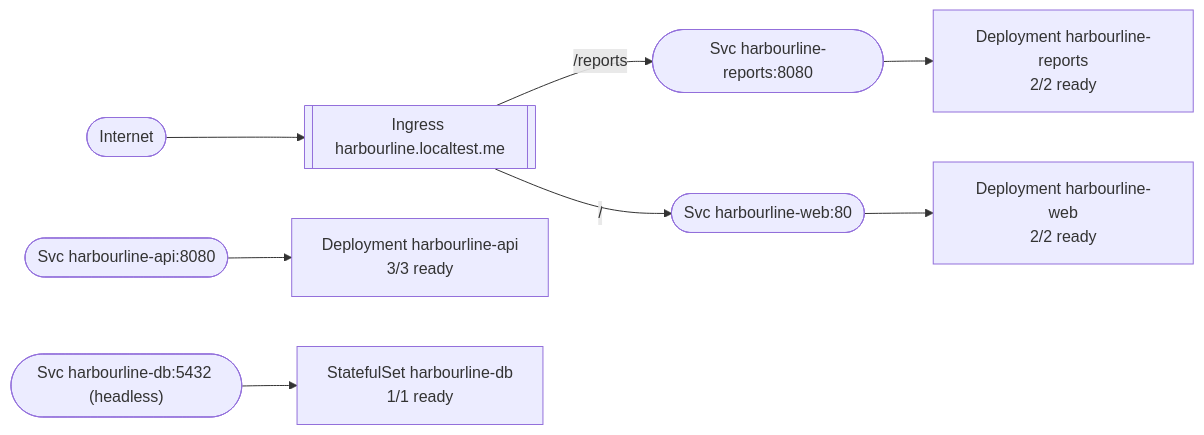
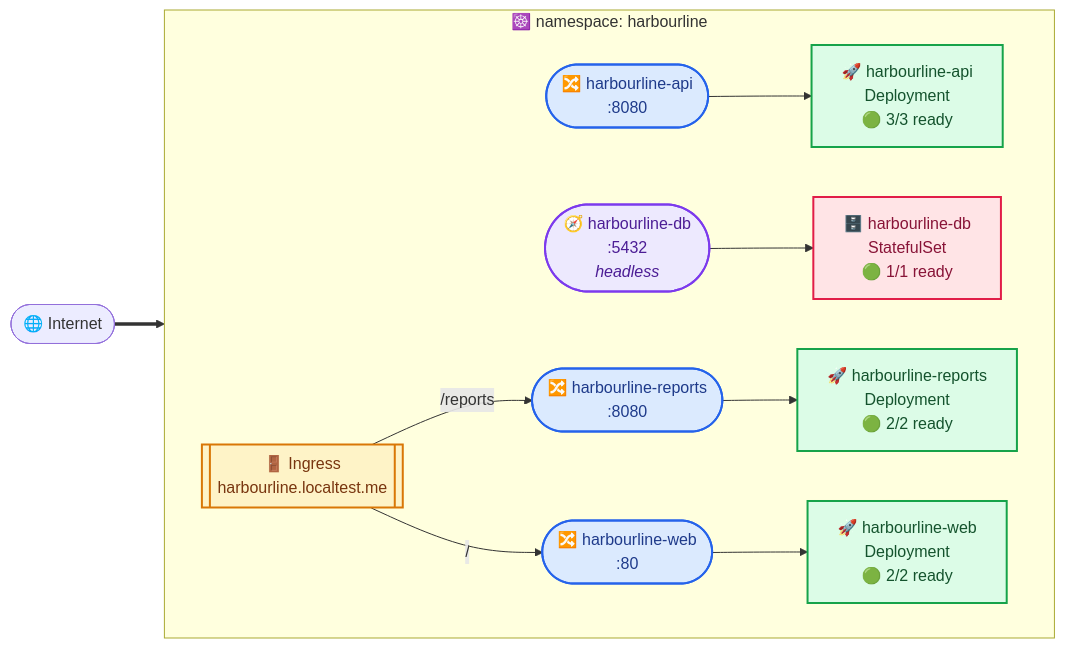
Before and after one commit to rkhnania/harbourline-k8s-lab: the first of 2 diagrams in docs/architecture.md, drawn with Mermaid. The commit also changed other lines of this file and 1 other file, not shown here.

````diff
--- a/docs/architecture.md
+++ b/docs/architecture.md
@@ -7,20 +7,36 @@
 ```mermaid
 flowchart LR
-  client([Internet])
-  ing_harbourline[["Ingress harbourline.localtest.me"]]
-  client --> ing_harbourline
+  internet(["🌐 Internet"])
+
+  subgraph ns["☸️  namespace: harbourline"]
+    direction LR
+    ing_harbourline[["🚪 Ingress<br/>harbourline.localtest.me"]]
+    svc_harbourline_api(["🔀 harbourline-api<br/>:8080"])
+    wl_harbourline_api["🚀 harbourline-api<br/>Deployment<br/>🟢 3/3 ready"]
+    svc_harbourline_db(["🧭 harbourline-db<br/>:5432<br/><i>headless</i>"])
+    wl_harbourline_db["🗄️ harbourline-db<br/>StatefulSet<br/>🟢 1/1 ready"]
+    svc_harbourline_reports(["🔀 harbourline-reports<br/>:8080"])
+    wl_harbourline_reports["🚀 harbourline-reports<br/>Deployment<br/>🟢 2/2 ready"]
+    svc_harbourline_web(["🔀 harbourline-web<br/>:80"])
+    wl_harbourline_web["🚀 harbourline-web<br/>Deployment<br/>🟢 2/2 ready"]
+  end
+
+  ing_harbourline -->|"/"| svc_harbourline_web
   ing_harbourline -->|"/reports"| svc_harbourline_reports
-  ing_harbourline -->|"/"| svc_harbourline_web
-  svc_harbourline_api(["Svc harbourline-api:8080"])
-  wl_harbourline_api["Deployment harbourline-api<br/>3/3 ready"]
+  internet ==> ing_harbourline
   svc_harbourline_api --> wl_harbourline_api
-  svc_harbourline_db(["Svc harbourline-db:5432 (headless)"])
-  wl_harbourline_db["StatefulSet harbourline-db<br/>1/1 ready"]
   svc_harbourline_db --> wl_harbourline_db
-  svc_harbourline_reports(["Svc harbourline-reports:8080"])
-  wl_harbourline_reports["Deployment harbourline-reports<br/>2/2 ready"]
   svc_harbourline_reports --> wl_harbourline_reports
-  svc_harbourline_web(["Svc harbourline-web:80"])
-  wl_harbourline_web["Deployment harbourline-web<br/>2/2 ready"]
   svc_harbourline_web --> wl_harbourline_web
+
+  classDef ing  fill:#fef3c7,stroke:#d97706,stroke-width:2px,color:#78350f
+  classDef svc  fill:#dbeafe,stroke:#2563eb,stroke-width:2px,color:#1e3a8a
+  classDef hsvc fill:#ede9fe,stroke:#7c3aed,stroke-width:2px,color:#4c1d95
+  classDef wl   fill:#dcfce7,stroke:#16a34a,stroke-width:2px,color:#14532d
+  classDef sts  fill:#ffe4e6,stroke:#e11d48,stroke-width:2px,color:#881337
+  class ing_harbourline ing
+  class svc_harbourline_api,svc_harbourline_reports,svc_harbourline_web svc
+  class svc_harbourline_db hsvc
+  class wl_harbourline_api,wl_harbourline_reports,wl_harbourline_web wl
+  class wl_harbourline_db sts
 ```
````
